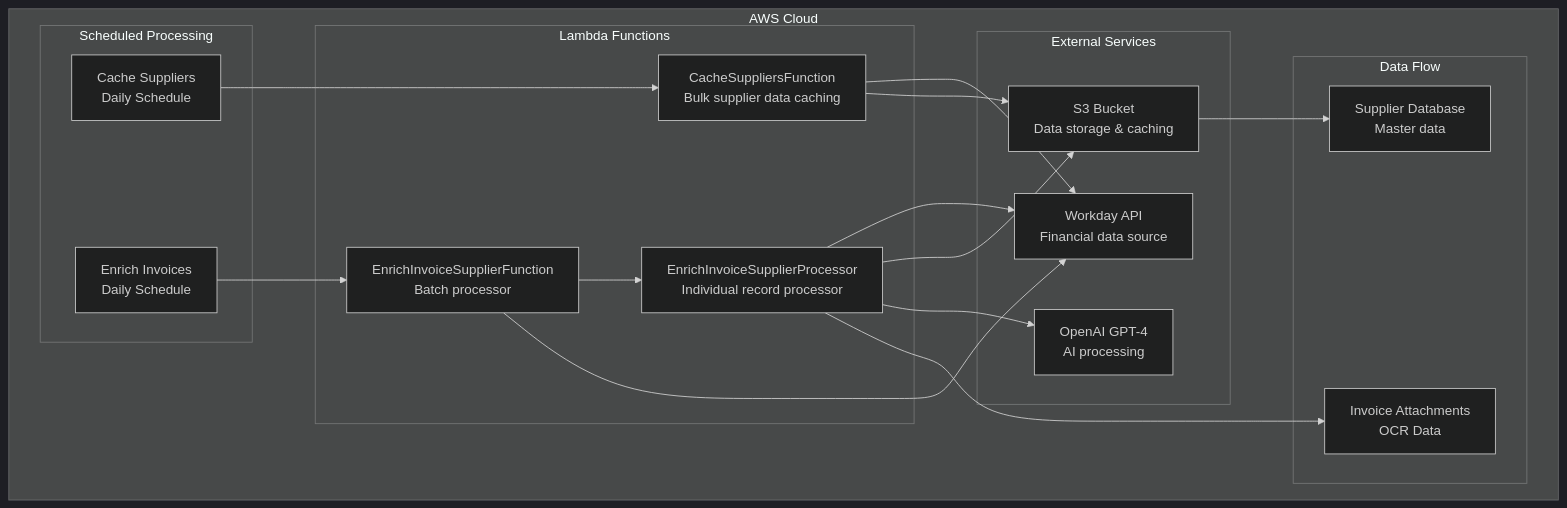
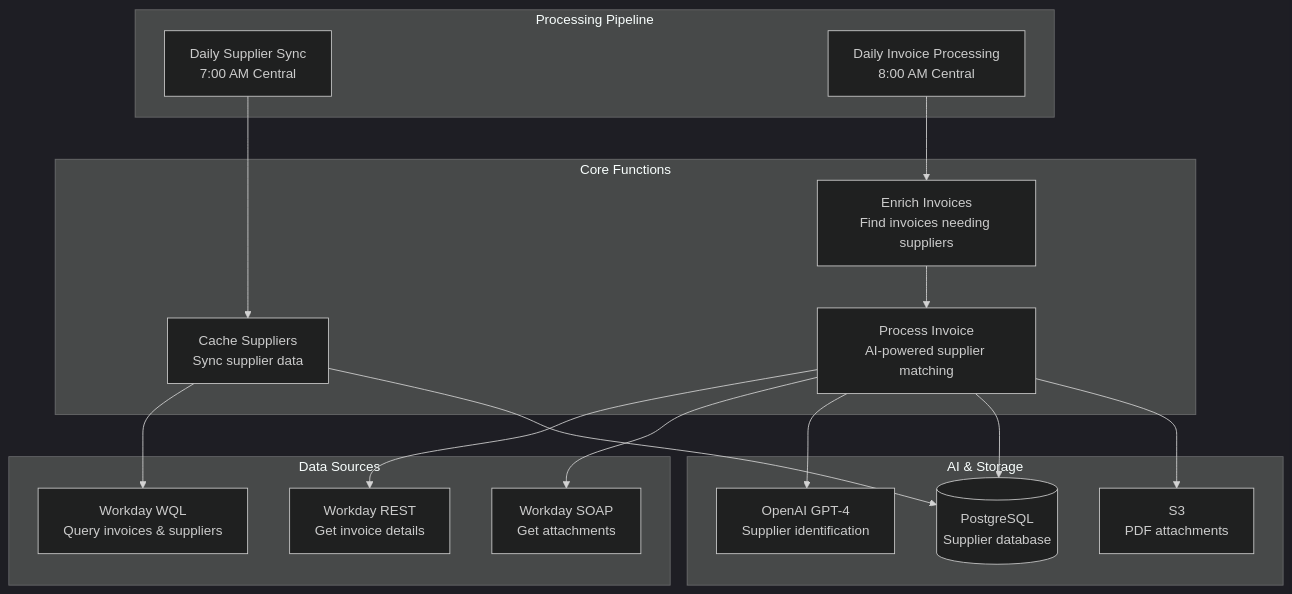
Before and after one commit to pgahq/finance-agent: the diagram in README.md, drawn with Mermaid (dark theme). The commit also changed other lines of this file, not shown here.

````diff
--- a/README.md
+++ b/README.md
@@ -28,41 +29,38 @@
 ```mermaid
 graph TB
-    subgraph "AWS Cloud"
-        subgraph "Scheduled Processing"
-            SCHED1[Cache Suppliers<br/>Daily Schedule]
-            SCHED2[Enrich Invoices<br/>Daily Schedule]
-        end
-        
-        subgraph "Lambda Functions"
-            CACHE[CacheSuppliersFunction<br/>Bulk supplier data caching]
-            BATCH[EnrichInvoiceSupplierFunction<br/>Batch processor]
-            PROC[EnrichInvoiceSupplierProcessor<br/>Individual record processor]
-        end
-        
-        subgraph "External Services"
-            WORKDAY[Workday API<br/>Financial data source]
-            OPENAI[OpenAI GPT-4<br/>AI processing]
-            S3[S3 Bucket<br/>Data storage & caching]
-        end
-        
-        subgraph "Data Flow"
-            OCR[Invoice Attachments<br/>OCR Data]
-            SUPPLIERS[Supplier Database<br/>Master data]
-        end
+    subgraph "Processing Pipeline"
+        SCHED1[Daily Supplier Sync<br/>7:00 AM Central]
+        SCHED2[Daily Invoice Processing<br/>8:00 AM Central]
+    end
+    
+    subgraph "Core Functions"
+        CACHE[Cache Suppliers<br/>Sync supplier data]
+        BATCH[Enrich Invoices<br/>Find invoices needing suppliers]
+        PROC[Process Invoice<br/>AI-powered supplier matching]
+    end
+    
+    subgraph "Data Sources"
+        WQL[Workday WQL<br/>Query invoices & suppliers]
+        REST[Workday REST<br/>Get invoice details]
+        SOAP[Workday SOAP<br/>Get attachments]
+    end
+    
+    subgraph "AI & Storage"
+        AI[OpenAI GPT-4<br/>Supplier identification]
+        DB[(PostgreSQL<br/>Supplier database)]
+        S3[S3<br/>PDF attachments]
     end
     
     SCHED1 --> CACHE
     SCHED2 --> BATCH
     BATCH --> PROC
     
-    CACHE --> WORKDAY
-    CACHE --> S3
+    CACHE --> WQL
+    CACHE --> DB
     
-    BATCH --> WORKDAY
-    PROC --> WORKDAY
+    PROC --> REST
+    PROC --> SOAP
+    PROC --> AI
+    PROC --> DB
     PROC --> S3
-    PROC --> OPENAI
-    PROC --> OCR
-    
-    S3 --> SUPPLIERS
 ```
````
